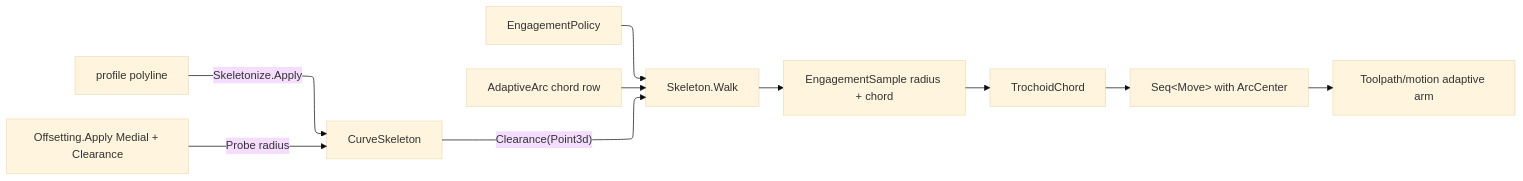
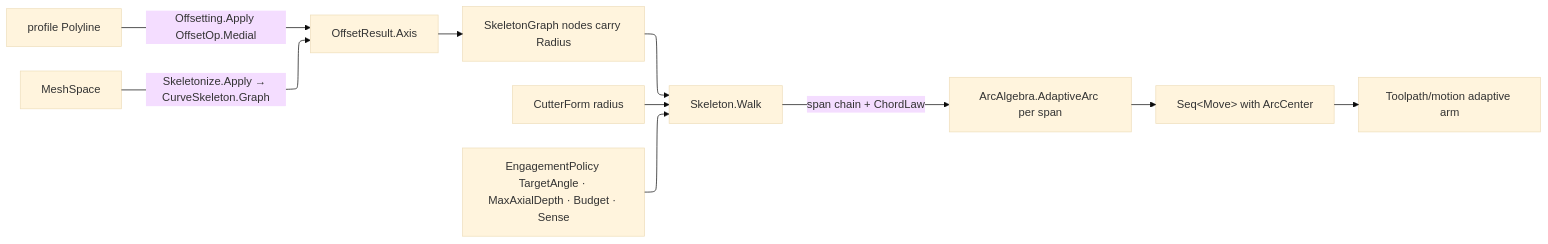
The diagram in libs/csharp/Rasm.Fabrication/.planning/Toolpath/skeleton.md (bsamiee/Rasm), drawn with Mermaid before and after one commit. The commit also changed other lines of this file and 79 other files, not shown here.

````diff
--- a/libs/csharp/Rasm.Fabrication/.planning/Toolpath/skeleton.md
+++ b/libs/csharp/Rasm.Fabrication/.planning/Toolpath/skeleton.md
@@ -134,17 +105,17 @@
 ```mermaid
 ---
 config:
   layout: elk
   theme: base
 ---
 flowchart LR
-    Boundary["profile polyline"] -->|Skeletonize.Apply| Field["CurveSkeleton"]
-    Offset["Offsetting.Apply Medial + Clearance"] -->|Probe radius| Field
-    Field -->|"Clearance(Point3d)"| Walk["Skeleton.Walk"]
-    Policy["EngagementPolicy"] --> Walk
-    Arcs["AdaptiveArc chord row"] --> Walk
-    Walk --> Samples["EngagementSample radius + chord"]
-    Samples --> Chords["TrochoidChord"]
-    Chords --> Moves["Seq&lt;Move&gt; with ArcCenter"]
+    Ring["profile Polyline"] -->|"Offsetting.Apply OffsetOp.Medial"| Axis["OffsetResult.Axis"]
+    Mesh["MeshSpace"] -->|"Skeletonize.Apply → CurveSkeleton.Graph"| Axis
+    Axis --> Graph["SkeletonGraph nodes carry Radius"]
+    Graph --> Walk["Skeleton.Walk"]
+    Cutter["CutterForm radius"] --> Walk
+    Policy["EngagementPolicy TargetAngle · MaxAxialDepth · Budget · Sense"] --> Walk
+    Walk -->|"span chain + ChordLaw"| Arcs["ArcAlgebra.AdaptiveArc per span"]
+    Arcs --> Moves["Seq&lt;Move&gt; with ArcCenter"]
     Moves --> Motion["Toolpath/motion adaptive arm"]
 ```
````
